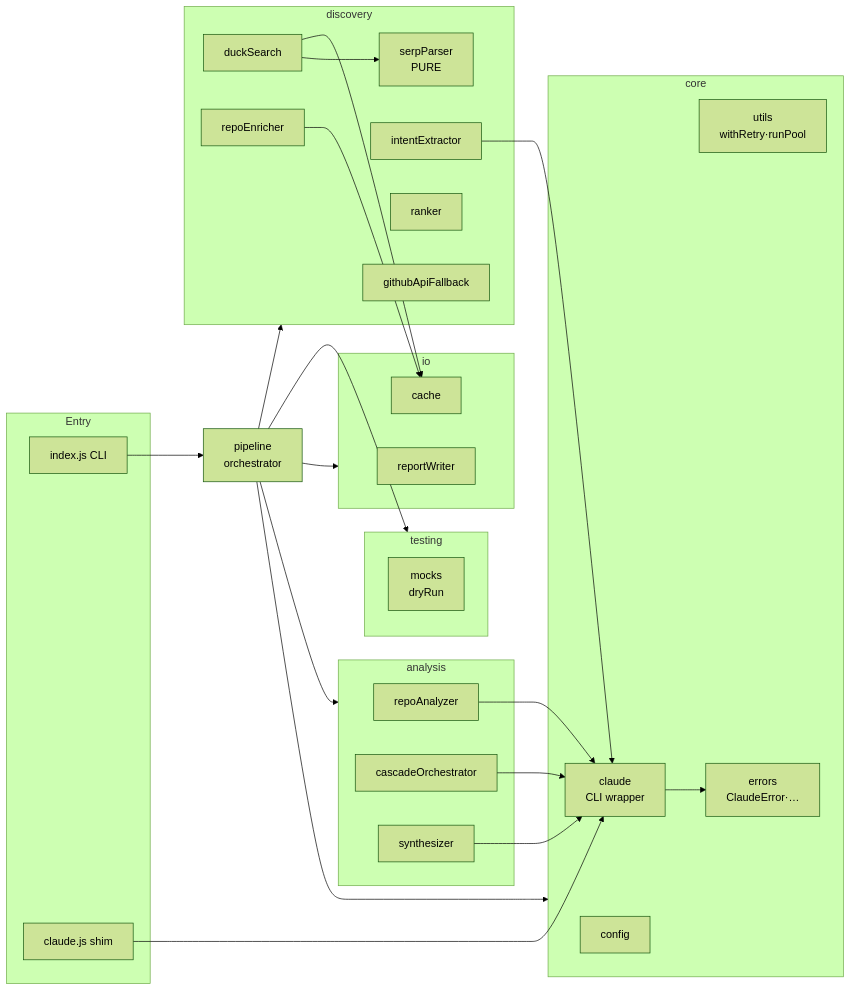
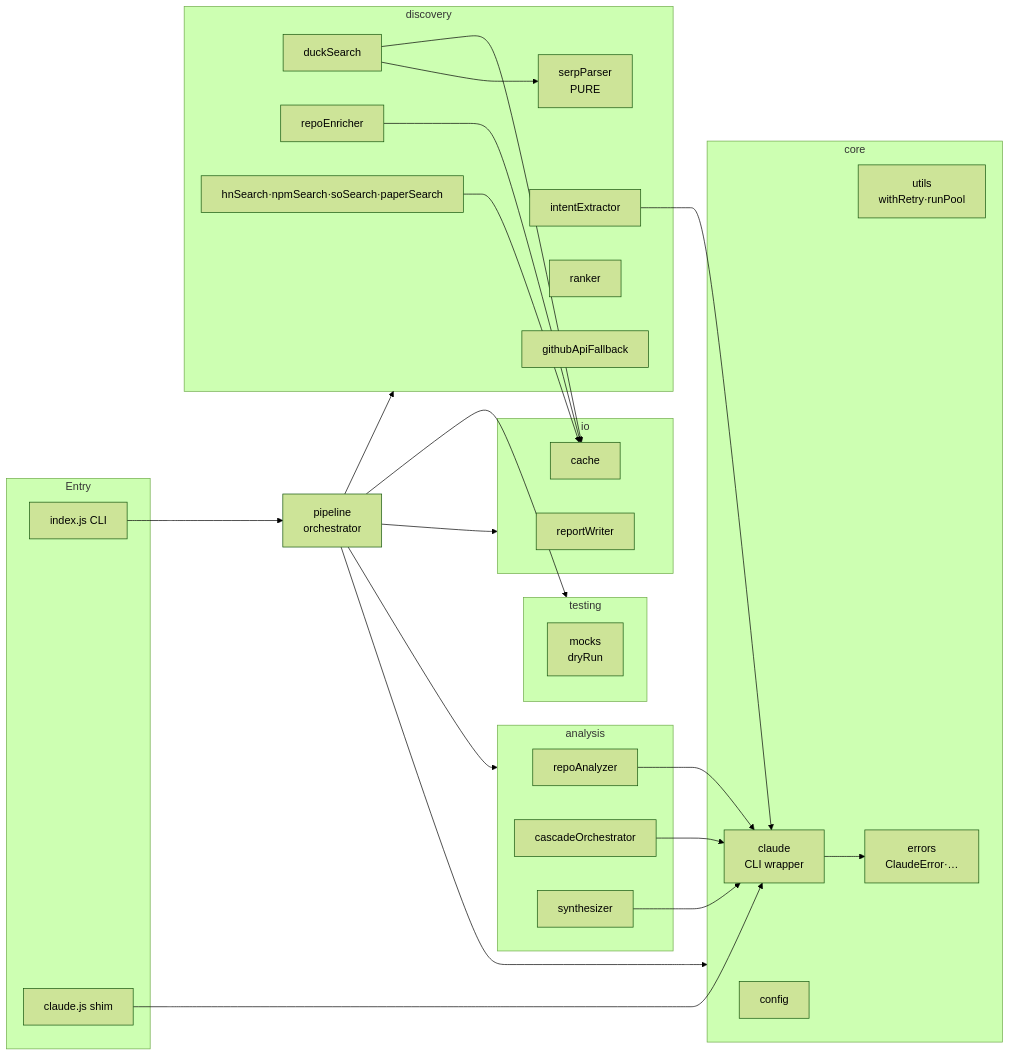
One commit to G10DC/git-researcher changed the second of 2 diagrams in docs/ARCHITECTURE.md. Above: the diagram before and after it, drawn with Mermaid (forest theme). The commit also changed other lines of this file and 16 other files, not shown here.

````diff
--- a/docs/ARCHITECTURE.md
+++ b/docs/ARCHITECTURE.md
@@ -38,50 +39,52 @@
 ```mermaid
 flowchart LR
     subgraph ENTRY[Entry]
         IDX[index.js CLI]
         SHIM[claude.js shim]
     end
     subgraph CORE[core]
         CFG[config]
         UTL[utils<br/>withRetry·runPool]
         ERR[errors<br/>ClaudeError·…]
         CLD[claude<br/>CLI wrapper]
     end
     subgraph DISC[discovery]
         IEX[intentExtractor]
         SP[serpParser<br/>PURE]
         DS[duckSearch]
         RE[repoEnricher]
         RK[ranker]
         GAF[githubApiFallback]
+        INSP[hnSearch·npmSearch·soSearch·paperSearch]
     end
     subgraph ANA[analysis]
         RA[repoAnalyzer]
         CO[cascadeOrchestrator]
         SY[synthesizer]
     end
     subgraph IO[io]
         RW[reportWriter]
         CA[cache]
     end
     subgraph TEST[testing]
         MK[mocks<br/>dryRun]
     end
     PL[pipeline<br/>orchestrator]
 
     IDX --> PL
     SHIM --> CLD
     PL --> CORE
     PL --> DISC
     PL --> ANA
     PL --> IO
     PL --> TEST
     DS --> SP
     DS --> CA
     RE --> CA
+    INSP --> CA
     IEX --> CLD
     RA --> CLD
     CO --> CLD
     SY --> CLD
     CLD --> ERR
 ```
````
